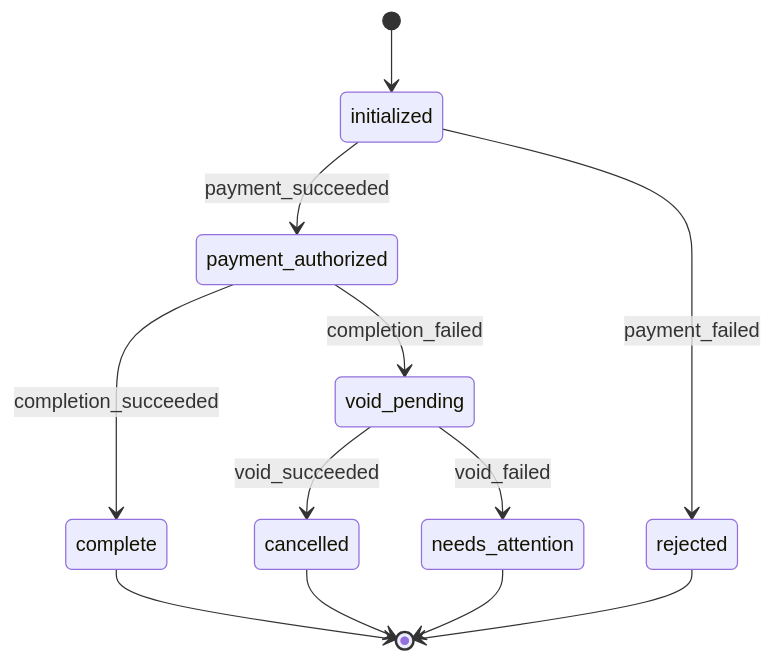
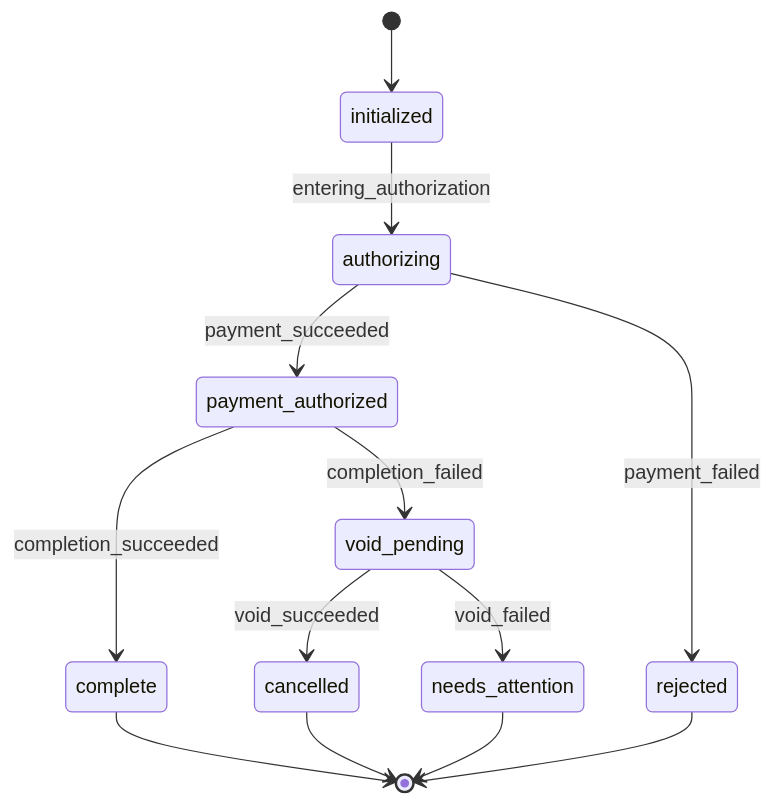
Before and after one commit to tamer-uz/order-state-machine: the diagram in README.md, drawn with Mermaid. The commit also changed other lines of this file, not shown here.

First line of the commit message:
Update README for the authorizing state

````diff
--- a/README.md
+++ b/README.md
@@ -13,18 +13,20 @@
 ```mermaid
 stateDiagram-v2
     [*] --> initialized
 
-    initialized --> payment_authorized: payment_succeeded
-    initialized --> rejected: payment_failed
+    initialized --> authorizing: entering_authorization
+
+    authorizing --> payment_authorized: payment_succeeded
+    authorizing --> rejected: payment_failed
 
     payment_authorized --> complete: completion_succeeded
     payment_authorized --> void_pending: completion_failed
 
     void_pending --> cancelled: void_succeeded
     void_pending --> needs_attention: void_failed
 
     complete --> [*]
     rejected --> [*]
     cancelled --> [*]
     needs_attention --> [*]
 ```
````
